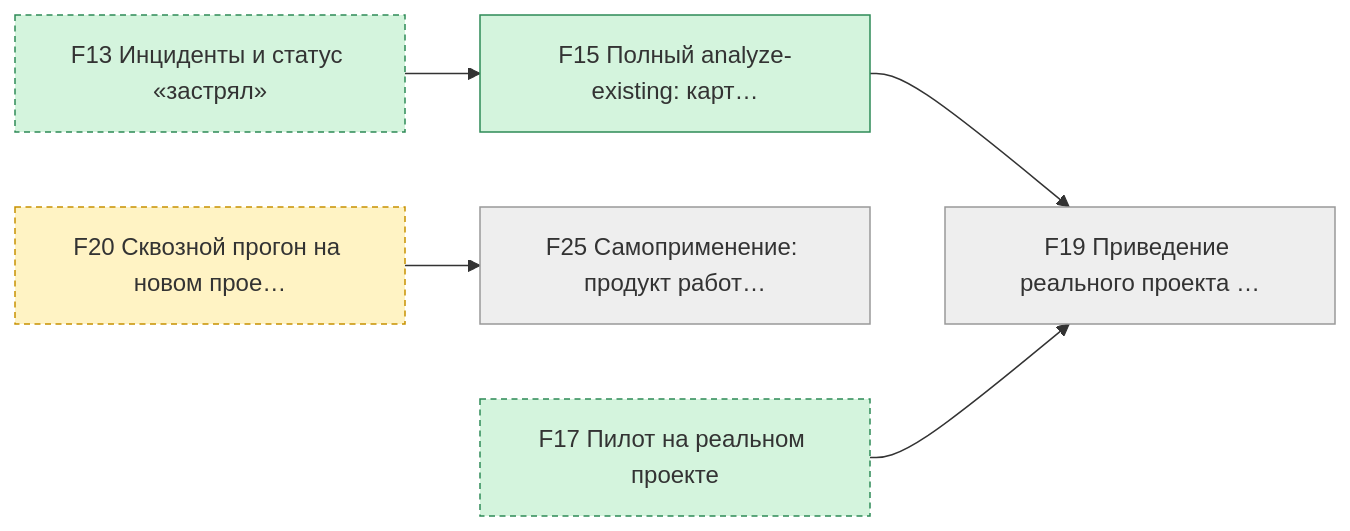
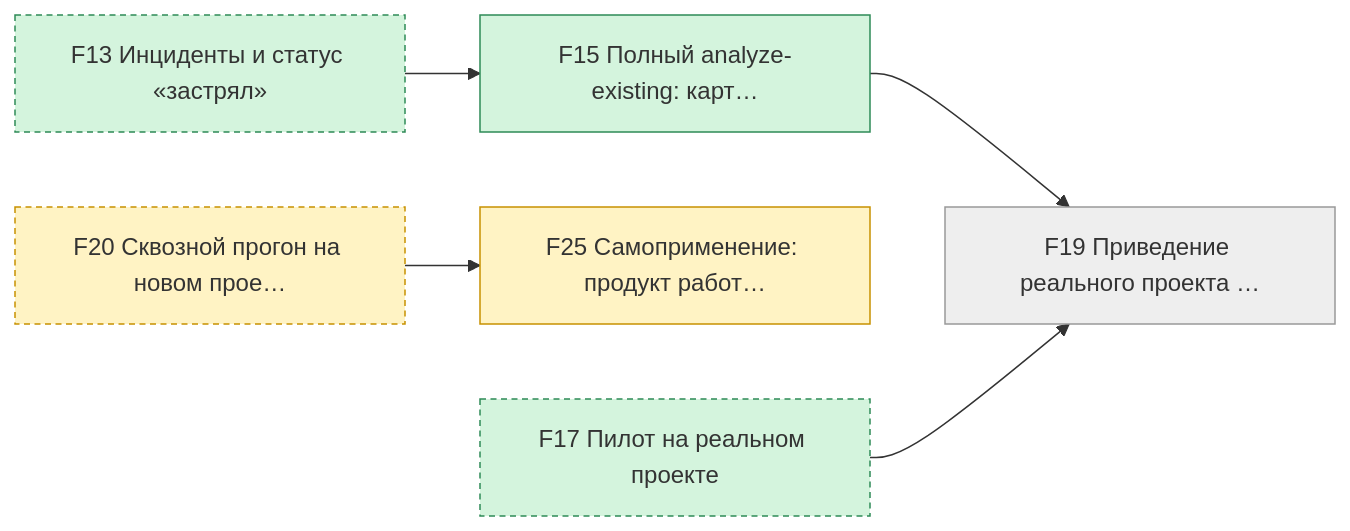
Before and after one commit to pete-doc/project-architect: the fourth of 6 diagrams in state/STATUS.md, drawn with Mermaid. The commit also changed other lines of this file and 2 other files, not shown here.

````diff
--- a/state/STATUS.md
+++ b/state/STATUS.md
@@ -140,22 +144,22 @@
 ```mermaid
 graph LR
   F15["F15 Полный analyze-existing: карт…"]
   F19["F19 Приведение реального проекта …"]
   F25["F25 Самоприменение: продукт работ…"]
   F13["F13 Инциденты и статус «застрял»"]
   F17["F17 Пилот на реальном проекте"]
   F20["F20 Сквозной прогон на новом прое…"]
   F13 --> F15
   F15 --> F19
   F17 --> F19
   F20 --> F25
   classDef done fill:#d4f4dd,stroke:#2e8b57
   classDef work fill:#fff3c4,stroke:#c79100
   classDef blocked fill:#ffd6d6,stroke:#c0392b
   classDef later fill:#eeeeee,stroke:#999999
   classDef outside stroke-dasharray: 4 3
   class F15,F13,F17 done
-  class F20 work
-  class F19,F25 later
+  class F25,F20 work
+  class F19 later
   class F13,F17,F20 outside
 ```
````
